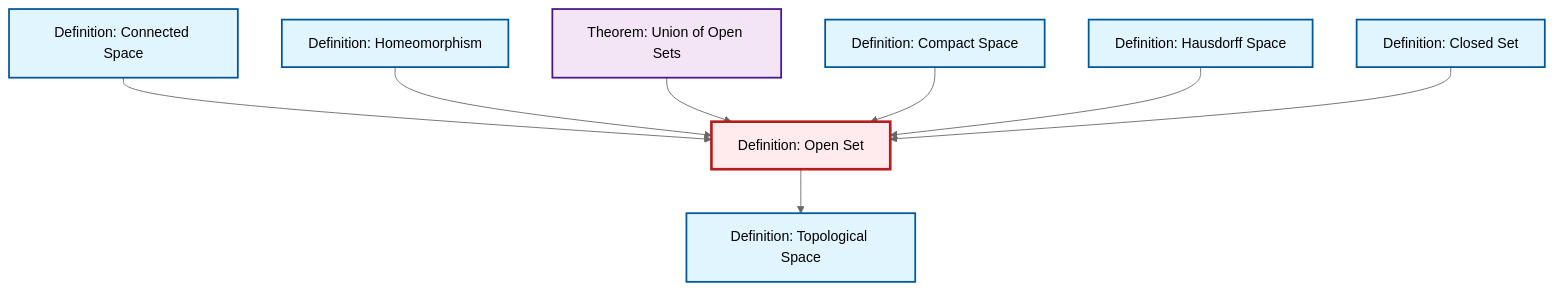
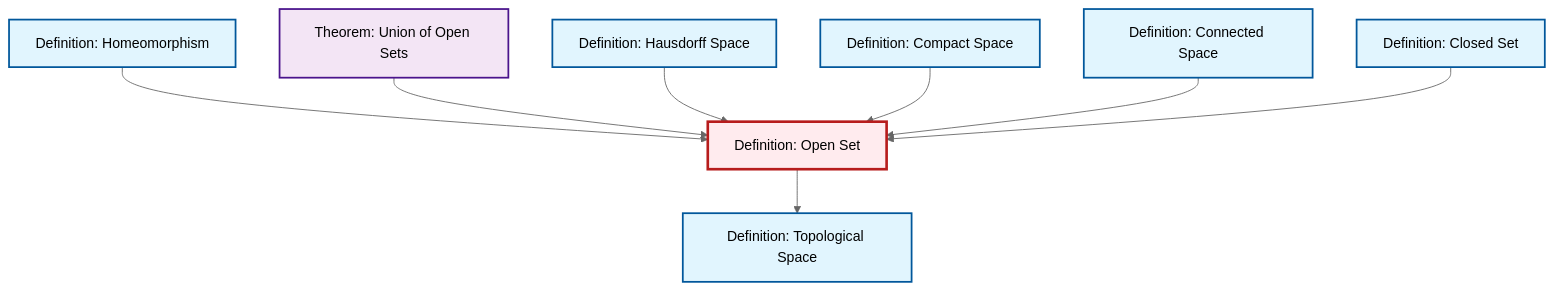
One commit to RK0429/ModernMath changed the diagram in content/en/topology/def-open-set.qmd. Above: the diagram before and after it, drawn with Mermaid (neutral theme). The commit also changed other lines of this file and 634 other files, not shown here.

````diff
--- a/content/en/topology/def-open-set.qmd
+++ b/content/en/topology/def-open-set.qmd
@@ -53,32 +53,32 @@
 ```{mermaid}
 %%| fig-cap: "Local dependency graph"
 graph TD
     classDef definition fill:#e1f5fe,stroke:#01579b,stroke-width:2px
     classDef theorem fill:#f3e5f5,stroke:#4a148c,stroke-width:2px
     classDef axiom fill:#fff3e0,stroke:#e65100,stroke-width:2px
     classDef example fill:#e8f5e9,stroke:#1b5e20,stroke-width:2px
     classDef current fill:#ffebee,stroke:#b71c1c,stroke-width:3px
+    def-homeomorphism["Definition: Homeomorphism"]:::definition
     def-compact["Definition: Compact Space"]:::definition
+    def-hausdorff["Definition: Hausdorff Space"]:::definition
+    def-topological-space["Definition: Topological Space"]:::definition
+    thm-union-open-sets["Theorem: Union of Open Sets"]:::theorem
+    def-closed-set["Definition: Closed Set"]:::definition
     def-open-set["Definition: Open Set"]:::definition
     def-connected["Definition: Connected Space"]:::definition
-    def-topological-space["Definition: Topological Space"]:::definition
-    def-closed-set["Definition: Closed Set"]:::definition
-    thm-union-open-sets["Theorem: Union of Open Sets"]:::theorem
-    def-homeomorphism["Definition: Homeomorphism"]:::definition
-    def-hausdorff["Definition: Hausdorff Space"]:::definition
-    def-connected --> def-open-set
     def-homeomorphism --> def-open-set
     thm-union-open-sets --> def-open-set
-    def-compact --> def-open-set
     def-hausdorff --> def-open-set
     def-open-set --> def-topological-space
+    def-compact --> def-open-set
+    def-connected --> def-open-set
     def-closed-set --> def-open-set
     class def-open-set current
+    click def-homeomorphism "def-homeomorphism.html" "Go to Homeomorphism definition"
     click def-compact "def-compact.html" "Go to Compact Space definition"
+    click def-hausdorff "def-hausdorff.html" "Go to Hausdorff Space definition"
+    click def-topological-space "def-topological-space.html" "Go to Topological Space definition"
+    click thm-union-open-sets "thm-union-open-sets.html" "Go to Union of Open Sets theorem"
+    click def-closed-set "def-closed-set.html" "Go to Closed Set definition"
     click def-connected "def-connected.html" "Go to Connected Space definition"
-    click def-topological-space "def-topological-space.html" "Go to Topological Space definition"
-    click def-closed-set "def-closed-set.html" "Go to Closed Set definition"
-    click thm-union-open-sets "thm-union-open-sets.html" "Go to Union of Open Sets theorem"
-    click def-homeomorphism "def-homeomorphism.html" "Go to Homeomorphism definition"
-    click def-hausdorff "def-hausdorff.html" "Go to Hausdorff Space definition"
 ```
````
